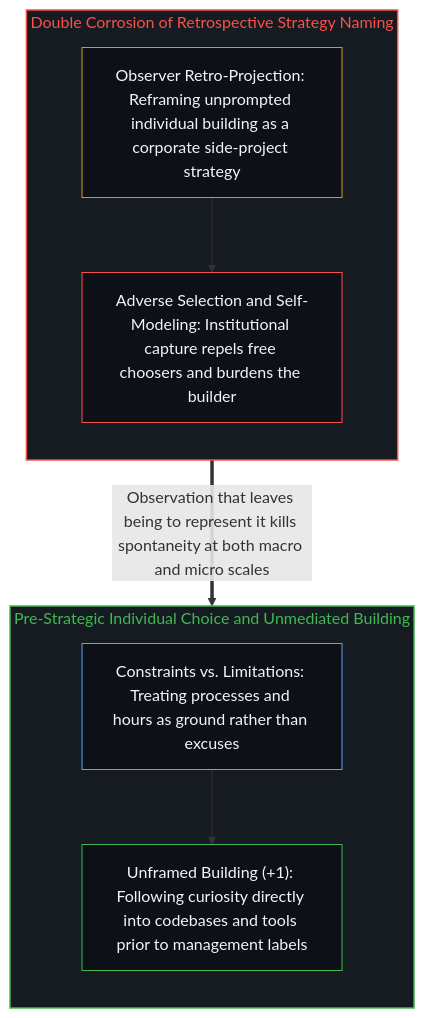
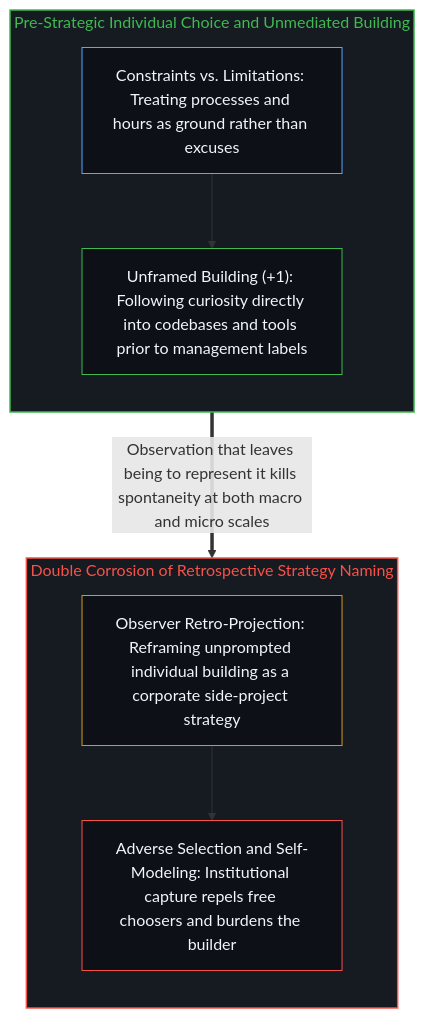
The second of 2 diagrams in content/posts/the-strategy-that-wasnt.md (powerpig99/not-a-toe), drawn with Mermaid before and after one commit. The commit also changed other lines of this file and 7 other files, not shown here.

````diff
--- a/content/posts/the-strategy-that-wasnt.md
+++ b/content/posts/the-strategy-that-wasnt.md
@@ -42,22 +42,22 @@
 ```mermaid
 flowchart TD
+    subgraph S_Act["Pre-Strategic Individual Choice and Unmediated Building"]
+        direction TB
+        Fact["Constraints vs. Limitations: Treating processes and hours as ground rather than excuses"]
+        Build["Unframed Building (+1): Following curiosity directly into codebases and tools prior to management labels"]
+        Fact --> Build
+    end
     subgraph S_Strat["Double Corrosion of Retrospective Strategy Naming"]
         direction TB
         Retro["Observer Retro-Projection: Reframing unprompted individual building as a corporate side-project strategy"]
         Adverse["Adverse Selection and Self-Modeling: Institutional capture repels free choosers and burdens the builder"]
         Retro --> Adverse
     end
-    subgraph S_Act["Pre-Strategic Individual Choice and Unmediated Building"]
-        direction TB
-        Fact["Constraints vs. Limitations: Treating processes and hours as ground rather than excuses"]
-        Build["Unframed Building (+1): Following curiosity directly into codebases and tools prior to management labels"]
-        Fact --> Build
-    end
-    Adverse ==>|"Observation that leaves being to represent it kills spontaneity at both macro and micro scales"| Fact
+    Build ==>|"Observation that leaves being to represent it kills spontaneity at both macro and micro scales"| Retro
+    style S_Act fill:#161b22,stroke:#3fb950,stroke-width:1.5px,color:#3fb950
     style S_Strat fill:#161b22,stroke:#f85149,stroke-width:1.5px,color:#f85149
-    style S_Act fill:#161b22,stroke:#3fb950,stroke-width:1.5px,color:#3fb950
+    style Fact fill:#0d1117,stroke:#58a6ff,stroke-width:1px,color:#f0f6fc
+    style Build fill:#0d1117,stroke:#3fb950,stroke-width:1px,color:#f0f6fc
     style Retro fill:#0d1117,stroke:#d29922,stroke-width:1px,color:#f0f6fc
     style Adverse fill:#0d1117,stroke:#f85149,stroke-width:1px,color:#f0f6fc
-    style Fact fill:#0d1117,stroke:#58a6ff,stroke-width:1px,color:#f0f6fc
-    style Build fill:#0d1117,stroke:#3fb950,stroke-width:1px,color:#f0f6fc
 ```
````
